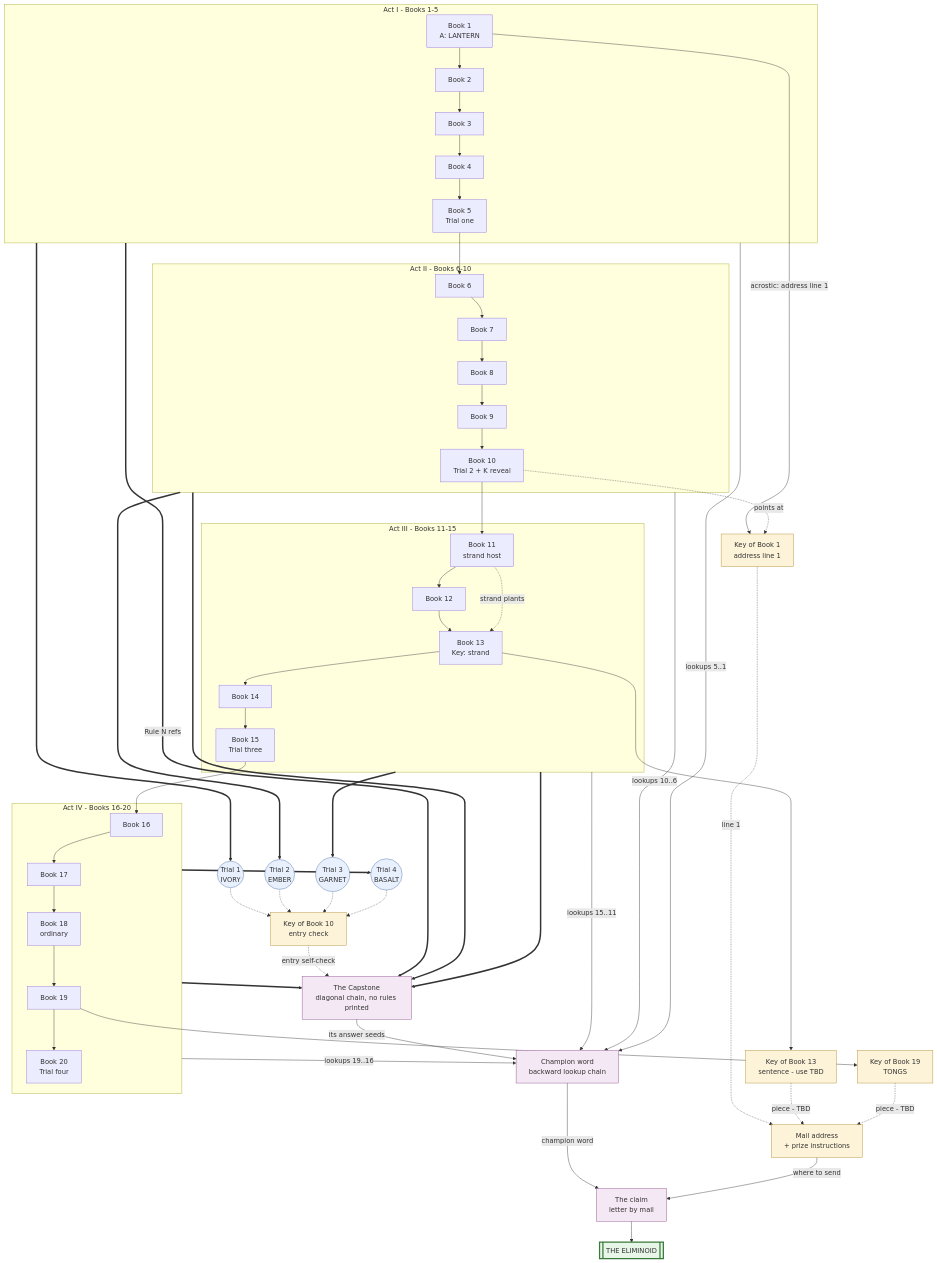
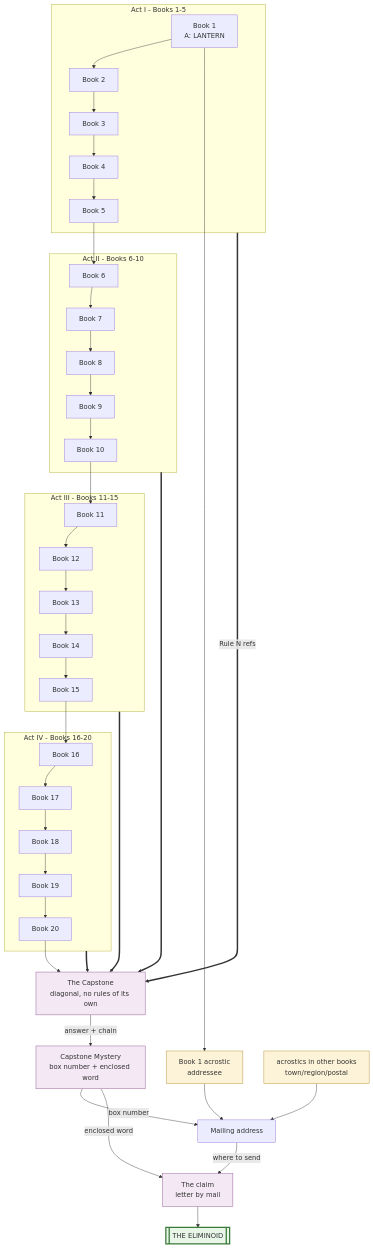
Before and after one commit to ianring/lab: the second of 2 diagrams in puzzlebook2/SERIES-MAP.md, drawn with Mermaid. The commit also changed other lines of this file and 1 other file, not shown here.

````diff
--- a/puzzlebook2/SERIES-MAP.md
+++ b/puzzlebook2/SERIES-MAP.md
@@ -655,89 +380,60 @@
     B2[Book 2]
     B3[Book 3]
     B4[Book 4]
-    B5[Book 5<br/>Trial one]
+    B5[Book 5]
   end
   subgraph ActII [Act II - Books 6-10]
     B6[Book 6]
     B7[Book 7]
     B8[Book 8]
     B9[Book 9]
-    B10[Book 10<br/>Trial 2 + K reveal]
+    B10[Book 10]
   end
   subgraph ActIII [Act III - Books 11-15]
-    B11[Book 11<br/>strand host]
+    B11[Book 11]
     B12[Book 12]
-    B13[Book 13<br/>Key: strand]
+    B13[Book 13]
     B14[Book 14]
-    B15[Book 15<br/>Trial three]
+    B15[Book 15]
   end
   subgraph ActIV [Act IV - Books 16-20]
     B16[Book 16]
     B17[Book 17]
-    B18[Book 18<br/>ordinary]
+    B18[Book 18]
     B19[Book 19]
-    B20[Book 20<br/>Trial four]
+    B20[Book 20]
   end
 
   %% Mystery chain: each book's Mystery points one book back (uniform)
   B1 --> B2 --> B3 --> B4 --> B5 --> B6 --> B7 --> B8 --> B9 --> B10
   B10 --> B11 --> B12 --> B13 --> B14 --> B15 --> B16 --> B17 --> B18 --> B19 --> B20
-  B11 -.->|strand plants| B13
 
-  %% Trials (each arc's grids feed its trial)
-  T1((Trial 1<br/>IVORY)):::trial
-  T2((Trial 2<br/>EMBER)):::trial
-  T3((Trial 3<br/>GARNET)):::trial
-  T4((Trial 4<br/>BASALT)):::trial
-  ActI ==> T1
-  ActII ==> T2
-  ActIII ==> T3
-  ActIV ==> T4
-
-  %% Keys
-  K1[Key of Book 1<br/>address line 1]:::key
-  K10[Key of Book 10<br/>entry check]:::key
-  K13[Key of Book 13<br/>sentence - use TBD]:::key
-  K19[Key of Book 19<br/>TONGS]:::key
-  B1 -->|acrostic: address line 1| K1
-  B10 -.->|points at| K1
-  T1 -.-> K10
-  T2 -.-> K10
-  T3 -.-> K10
-  T4 -.-> K10
-  B13 --> K13
-  B19 --> K19
-
-  %% Capstone
-  CAP[The Capstone<br/>diagonal chain, no rules printed]:::final
+  %% Capstone = Book 21; its Mystery continues the chain one more step
+  CAP[The Capstone<br/>diagonal, no rules of its own]:::final
   ActI ==>|Rule N refs| CAP
   ActII ==> CAP
   ActIII ==> CAP
   ActIV ==> CAP
-  K10 -.->|entry self-check| CAP
+  B20 --> CAP
 
-  %% Champion word: backward chain through every book
-  CH[Champion word<br/>backward lookup chain]:::final
-  CAP -->|its answer seeds| CH
-  ActIV -->|lookups 19..16| CH
-  ActIII -->|lookups 15..11| CH
-  ActII -->|lookups 10..6| CH
-  ActI -->|lookups 5..1| CH
+  CH[Capstone Mystery<br/>box number + enclosed word]:::final
+  CAP -->|answer + chain| CH
 
-  %% Address + prize instructions: assembled from the Keys
-  ADDR[Mail address<br/>+ prize instructions]:::key
-  K1 -.->|line 1| ADDR
-  K13 -.->|piece - TBD| ADDR
-  K19 -.->|piece - TBD| ADDR
+  %% Address: addressee + place from hidden acrostics; box from CH
+  AE[Book 1 acrostic<br/>addressee]:::acro
+  B1 --> AE
+  PLACE[acrostics in other books<br/>town/region/postal]:::acro
+  AE --> ADDR[Mailing address]
+  PLACE --> ADDR
+  CH -->|box number| ADDR
 
   CLAIM[The claim<br/>letter by mail]:::final
-  CH -->|champion word| CLAIM
   ADDR -->|where to send| CLAIM
+  CH -->|enclosed word| CLAIM
   PRIZE[[THE ELIMINOID]]:::prize
   CLAIM --> PRIZE
 
-  classDef trial fill:#e8f0fe,stroke:#4a6fa5
-  classDef key fill:#fdf3d8,stroke:#b08a2e
+  classDef acro fill:#fdf3d8,stroke:#b08a2e
   classDef final fill:#f3e8f3,stroke:#8a4a8a
   classDef prize fill:#e8f6e8,stroke:#3a7a3a,stroke-width:3px
 ```
````
